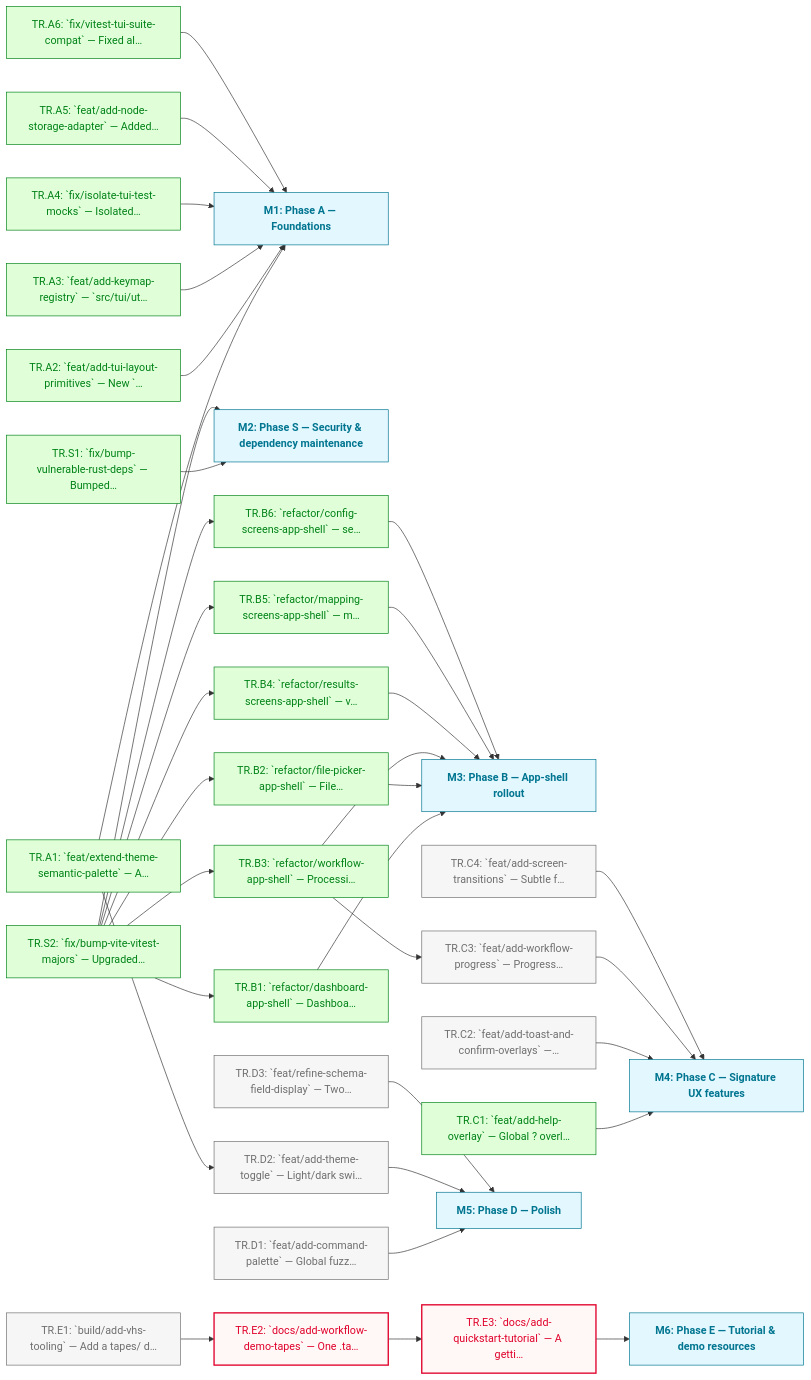
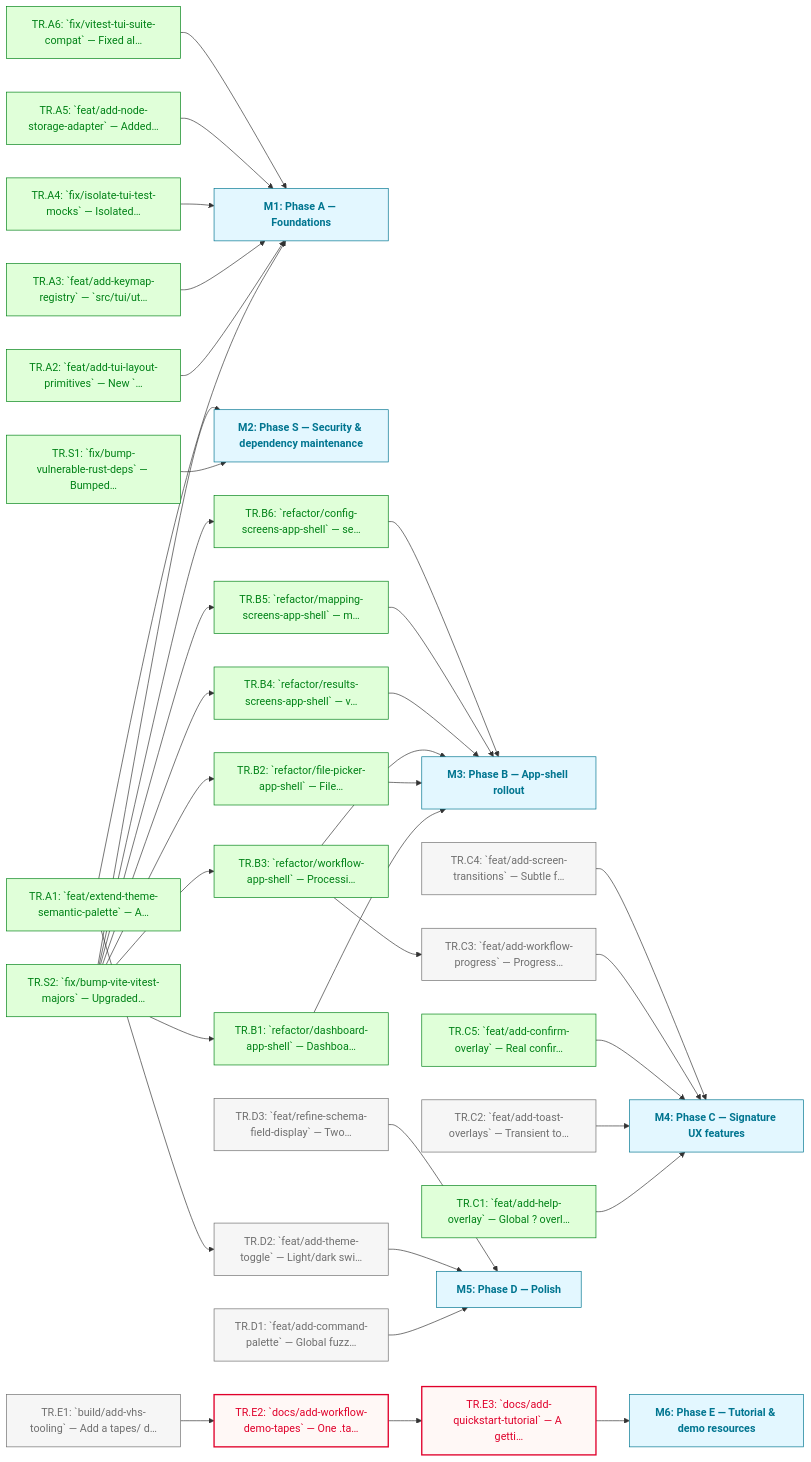
The diagram in docs/roadmaps/v5a-2606/enhanced.md (foundersandcoders/iris), drawn with Mermaid before and after one commit. The commit also changed other lines of this file and 2 other files, not shown here.

Commit message:
docs(roadmap): reconcile

````diff
--- a/docs/roadmaps/v5a-2606/enhanced.md
+++ b/docs/roadmaps/v5a-2606/enhanced.md
@@ -95,76 +97,78 @@
 ```mermaid
 graph LR
 	classDef todo fill:#f6f6f6,stroke:#6f6f6f,color:#6f6f6f
 	classDef blocked fill:#fff8f6,stroke:#e0002b,color:#e0002b,stroke-width:2px
 	classDef paused fill:#fdf4ff,stroke:#b01fe3,color:#b01fe3,stroke-dasharray:4 3
 	classDef deferred fill:#fff8f3,stroke:#ac5c00,color:#ac5c00,stroke-dasharray:2 4,font-style:italic
 	classDef done fill:#e0ffd9,stroke:#008217,color:#008217
 	classDef outOfScope fill:#f6f6f6,stroke:#e2e2e2,color:#e2e2e2,stroke-dasharray:2 2
 	classDef mile fill:#e3f7ff,stroke:#007590,color:#007590,font-weight:bold
 	classDef external fill:#fff9e5,stroke:#7d6f00,color:#7d6f00,stroke-dasharray:4 3,font-style:italic
 	TR.A1["TR.A1: `feat/extend-theme-semantic-palette` — A…"]
 	TR.A2["TR.A2: `feat/add-tui-layout-primitives` — New `…"]
 	TR.A3["TR.A3: `feat/add-keymap-registry` — `src/tui/ut…"]
 	TR.A4["TR.A4: `fix/isolate-tui-test-mocks` — Isolated…"]
 	TR.A5["TR.A5: `feat/add-node-storage-adapter` — Added…"]
 	TR.A6["TR.A6: `fix/vitest-tui-suite-compat` — Fixed al…"]
 	M1["M1: Phase A — Foundations"]:::mile
 	TR.S1["TR.S1: `fix/bump-vulnerable-rust-deps` — Bumped…"]
 	TR.S2["TR.S2: `fix/bump-vite-vitest-majors` — Upgraded…"]
 	M2["M2: Phase S — Security & dependency maintenance"]:::mile
 	TR.B1["TR.B1: `refactor/dashboard-app-shell` — Dashboa…"]
 	TR.B2["TR.B2: `refactor/file-picker-app-shell` — File…"]
 	TR.B3["TR.B3: `refactor/workflow-app-shell` — Processi…"]
 	TR.B4["TR.B4: `refactor/results-screens-app-shell` — v…"]
 	TR.B5["TR.B5: `refactor/mapping-screens-app-shell` — m…"]
 	TR.B6["TR.B6: `refactor/config-screens-app-shell` — se…"]
 	M3["M3: Phase B — App-shell rollout"]:::mile
 	TR.C1["TR.C1: `feat/add-help-overlay` — Global ? overl…"]
-	TR.C2["TR.C2: `feat/add-toast-and-confirm-overlays` —…"]
+	TR.C2["TR.C2: `feat/add-toast-overlays` — Transient to…"]
+	TR.C5["TR.C5: `feat/add-confirm-overlay` — Real confir…"]
 	TR.C3["TR.C3: `feat/add-workflow-progress` — Progress…"]
 	TR.C4["TR.C4: `feat/add-screen-transitions` — Subtle f…"]
 	M4["M4: Phase C — Signature UX features"]:::mile
 	TR.D1["TR.D1: `feat/add-command-palette` — Global fuzz…"]
 	TR.D2["TR.D2: `feat/add-theme-toggle` — Light/dark swi…"]
 	TR.D3["TR.D3: `feat/refine-schema-field-display` — Two…"]
 	M5["M5: Phase D — Polish"]:::mile
 	TR.E1["TR.E1: `build/add-vhs-tooling` — Add a tapes/ d…"]
 	TR.E2["TR.E2: `docs/add-workflow-demo-tapes` — One .ta…"]
 	TR.E3["TR.E3: `docs/add-quickstart-tutorial` — A getti…"]
 	M6["M6: Phase E — Tutorial & demo resources"]:::mile
 	TR.A1 --> M1
 	TR.A1 --> TR.D2
 	TR.A2 --> M1
 	TR.A3 --> M1
 	TR.A4 --> M1
 	TR.A5 --> M1
 	TR.A6 --> M1
 	TR.S1 --> M2
 	TR.S2 --> M2
 	TR.S2 --> TR.B1
 	TR.S2 --> TR.B2
 	TR.S2 --> TR.B3
 	TR.S2 --> TR.B4
 	TR.S2 --> TR.B5
 	TR.S2 --> TR.B6
 	TR.B1 --> M3
 	TR.B2 --> M3
 	TR.B3 --> M3
 	TR.B3 --> TR.C3
 	TR.B4 --> M3
 	TR.B5 --> M3
 	TR.B6 --> M3
 	TR.C1 --> M4
 	TR.C2 --> M4
+	TR.C5 --> M4
 	TR.C3 --> M4
 	TR.C4 --> M4
 	TR.D1 --> M5
 	TR.D2 --> M5
 	TR.D3 --> M5
 	TR.E1 --> TR.E2
 	TR.E2 --> TR.E3
 	TR.E3 --> M6
 	class TR.C2,TR.C3,TR.C4,TR.D1,TR.D2,TR.D3,TR.E1 todo
 	class TR.E2,TR.E3 blocked
-	class TR.A1,TR.A2,TR.A3,TR.A4,TR.A5,TR.A6,TR.B1,TR.B2,TR.B3,TR.B4,TR.B5,TR.B6,TR.C1,TR.S1,TR.S2 done
+	class TR.A1,TR.A2,TR.A3,TR.A4,TR.A5,TR.A6,TR.B1,TR.B2,TR.B3,TR.B4,TR.B5,TR.B6,TR.C1,TR.C5,TR.S1,TR.S2 done
 ```
````
